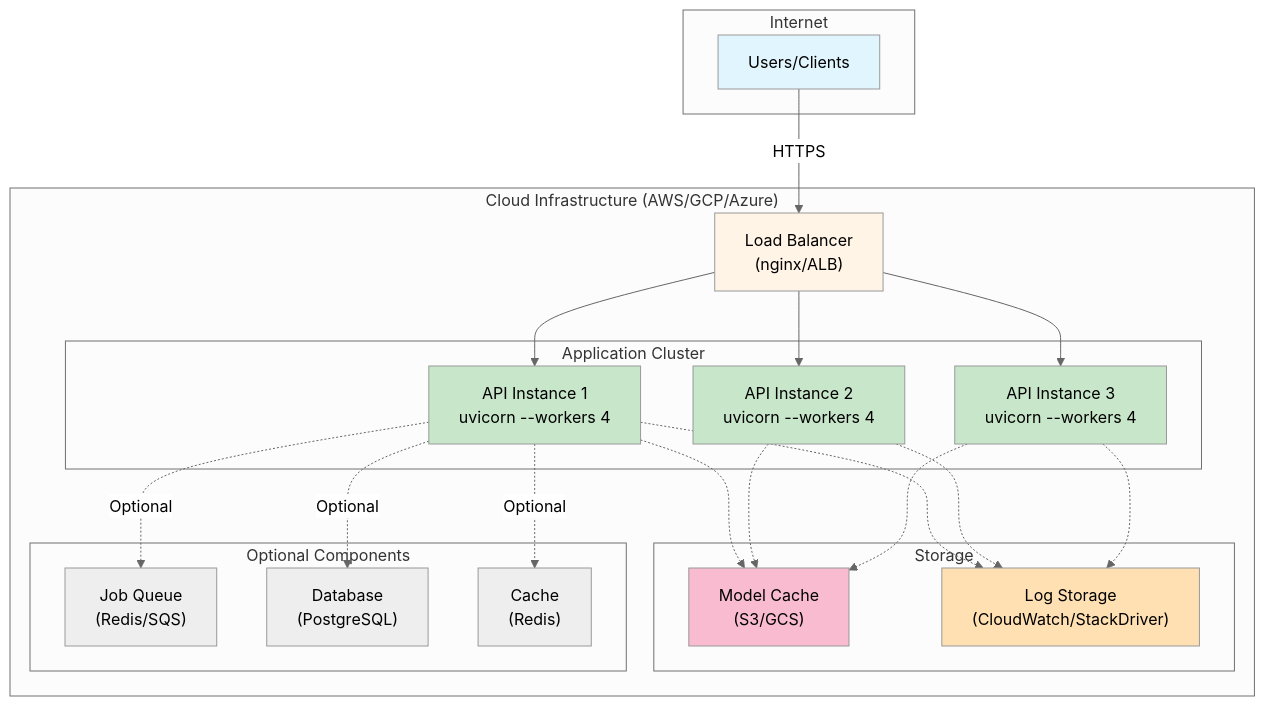
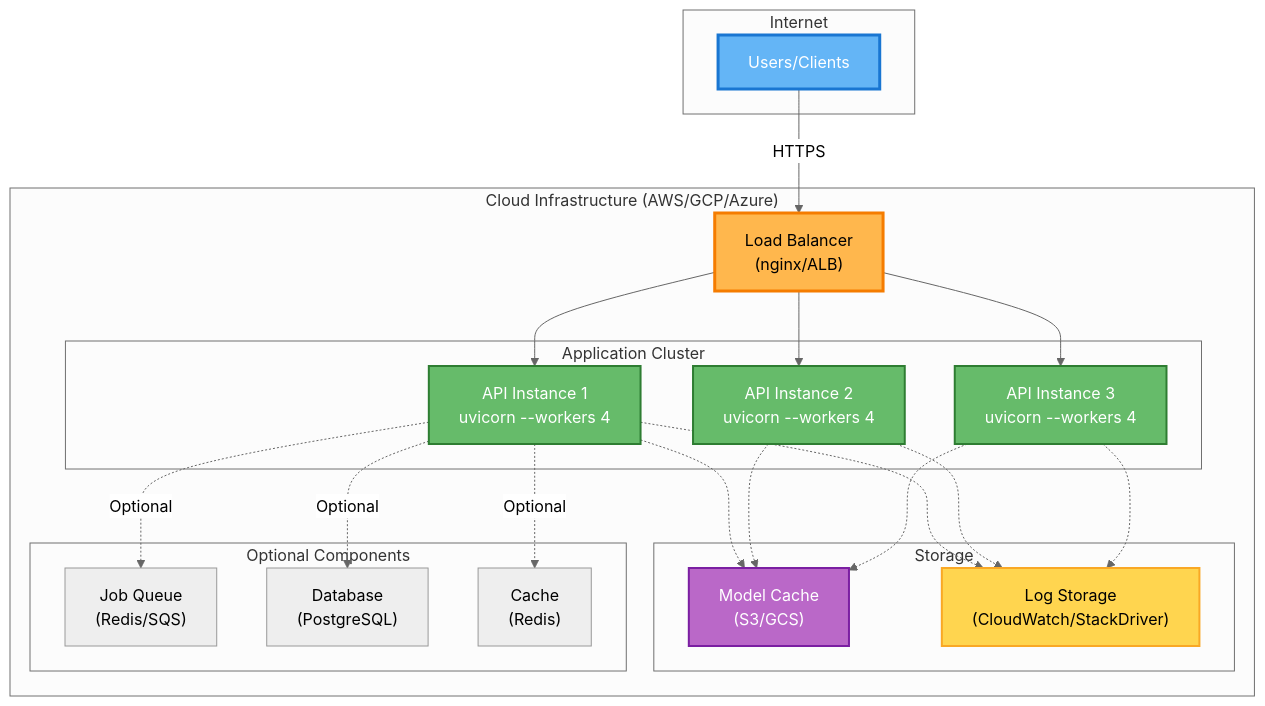
Before and after one commit to shozibabbas/transcription-api: the fifth of 5 diagrams in README.md, drawn with Mermaid (neutral theme). The commit also changed other lines of this file and 1 other file, not shown here.

First line of the commit message:
docs: Improve Mermaid diagram colors for better contrast

````diff
--- a/README.md
+++ b/README.md
@@ -475,52 +475,52 @@
 ```mermaid
 graph TB
     subgraph Internet["Internet"]
         Users["Users/Clients"]
     end
     
     subgraph Cloud["Cloud Infrastructure (AWS/GCP/Azure)"]
         LB["Load Balancer<br/>(nginx/ALB)"]
         
         subgraph Cluster["Application Cluster"]
             API1["API Instance 1<br/>uvicorn --workers 4"]
             API2["API Instance 2<br/>uvicorn --workers 4"]
             API3["API Instance 3<br/>uvicorn --workers 4"]
         end
         
         subgraph Storage["Storage"]
             Models["Model Cache<br/>(S3/GCS)"]
             Logs["Log Storage<br/>(CloudWatch/StackDriver)"]
         end
         
         subgraph Optional["Optional Components"]
             Queue["Job Queue<br/>(Redis/SQS)"]
             DB["Database<br/>(PostgreSQL)"]
             Cache["Cache<br/>(Redis)"]
         end
     end
     
     Users -->|HTTPS| LB
     LB --> API1
     LB --> API2
     LB --> API3
     
     API1 -.-> Models
     API2 -.-> Models
     API3 -.-> Models
     
     API1 -.-> Logs
     API2 -.-> Logs
     API3 -.-> Logs
     
     API1 -.->|Optional| Queue
     API1 -.->|Optional| DB
     API1 -.->|Optional| Cache
     
-    style Users fill:#e1f5ff
-    style LB fill:#fff4e6
-    style API1 fill:#c8e6c9
-    style API2 fill:#c8e6c9
-    style API3 fill:#c8e6c9
-    style Models fill:#f8bbd0
-    style Logs fill:#ffe0b2
+    style Users fill:#64B5F6,stroke:#1976D2,stroke-width:3px,color:#fff
+    style LB fill:#FFB74D,stroke:#F57C00,stroke-width:3px,color:#000
+    style API1 fill:#66BB6A,stroke:#2E7D32,stroke-width:2px,color:#fff
+    style API2 fill:#66BB6A,stroke:#2E7D32,stroke-width:2px,color:#fff
+    style API3 fill:#66BB6A,stroke:#2E7D32,stroke-width:2px,color:#fff
+    style Models fill:#BA68C8,stroke:#7B1FA2,stroke-width:2px,color:#fff
+    style Logs fill:#FFD54F,stroke:#F9A825,stroke-width:2px,color:#000
 ```
````
